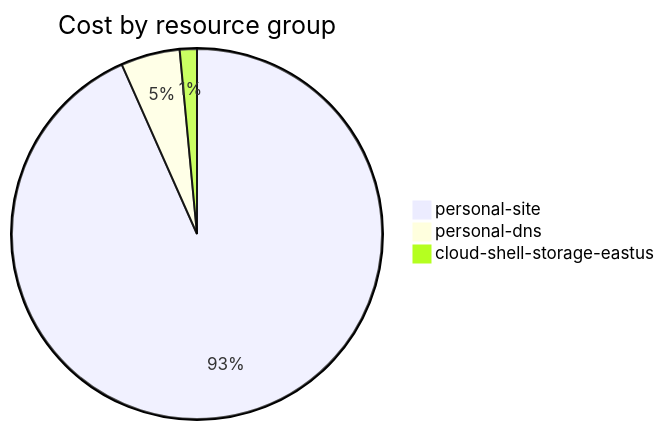
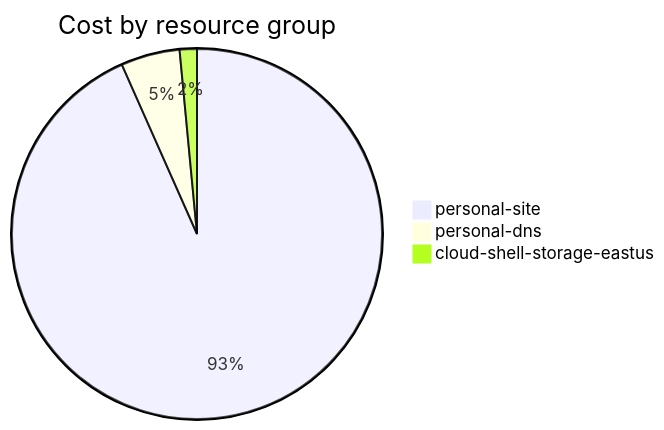
One commit to jpfulton/azure-personal-reports changed the fourth of 4 diagrams in cost-reports/accumulated-cost.md. Above: the diagram before and after it, drawn with Mermaid. The commit also changed other lines of this file and 4 other files, not shown here.

````diff
--- a/cost-reports/accumulated-cost.md
+++ b/cost-reports/accumulated-cost.md
@@ -143,7 +143,7 @@
 ```mermaid
 pie
    title Cost by resource group
-   "personal-site" : 11.23
-   "personal-dns" : 0.62
-   "cloud-shell-storage-eastus" : 0.18
+   "personal-site" : 11.80
+   "personal-dns" : 0.65
+   "cloud-shell-storage-eastus" : 0.19
 ```
````
